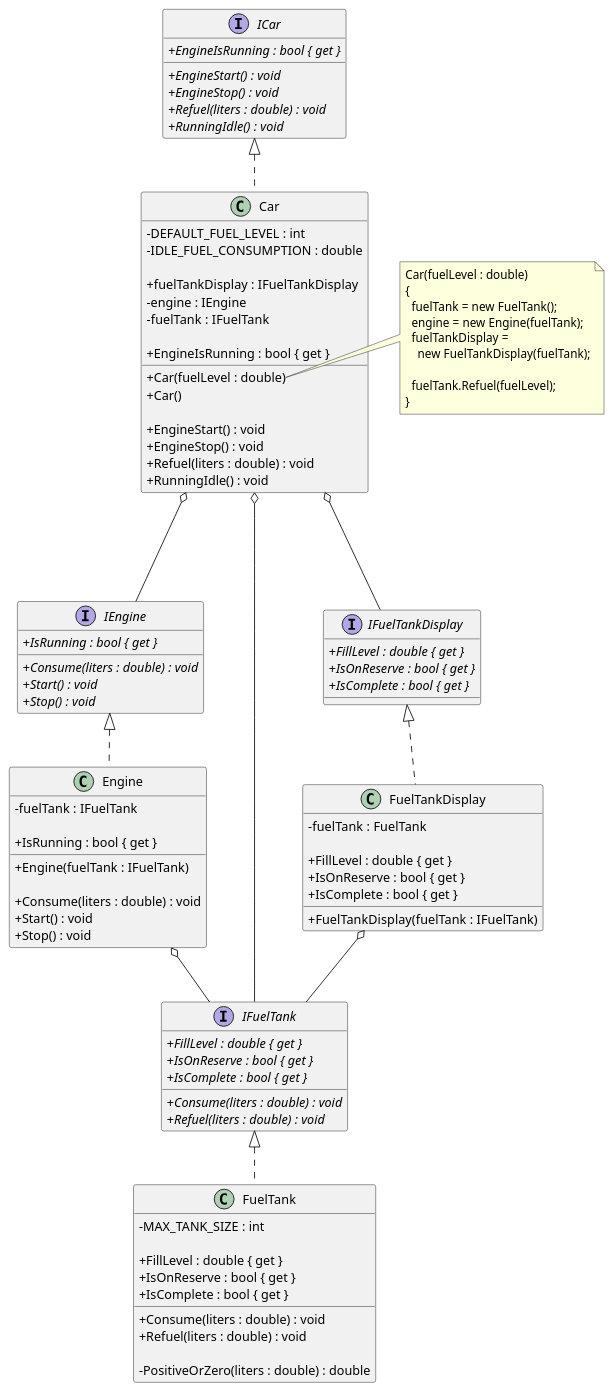
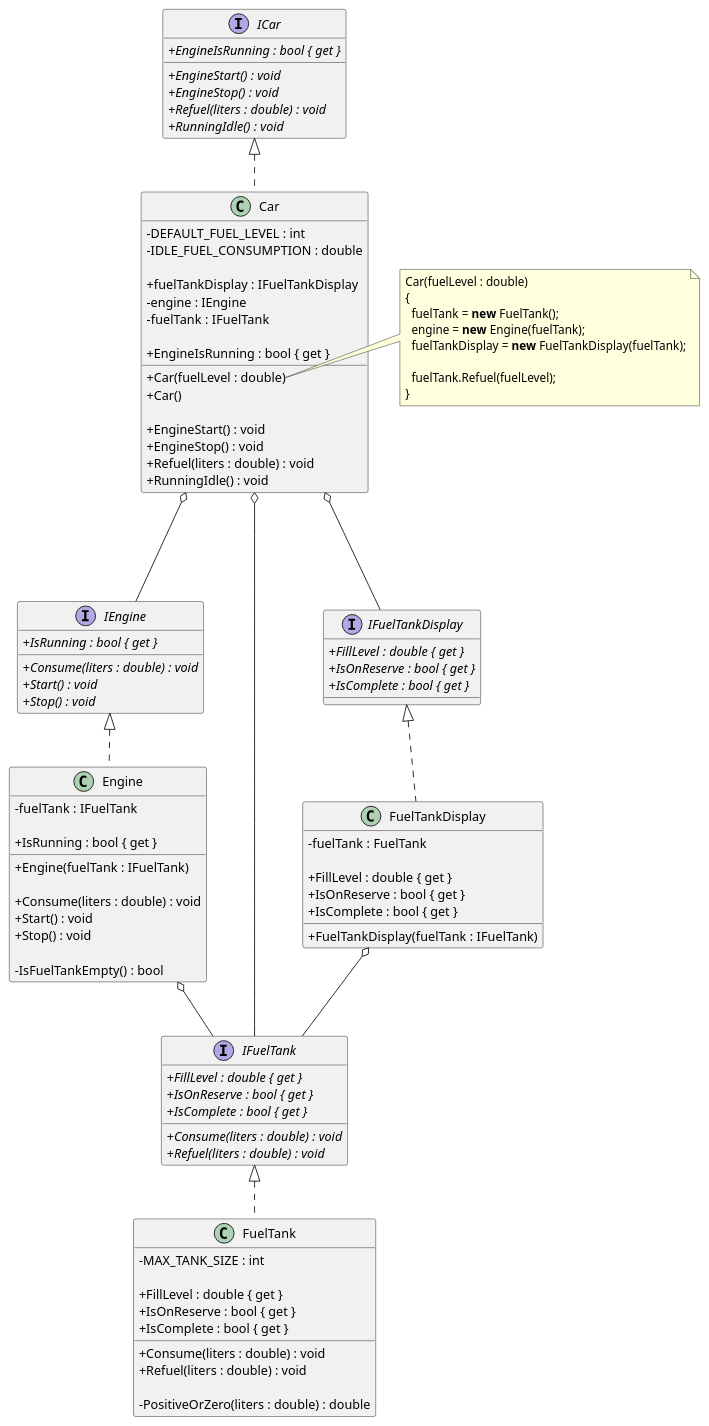
One commit to iamfranco/EngineAndFuelTankKata changed the diagram in puml/EngineAndFuelTank.puml. Above: the diagram before and after it, drawn with PlantUML. The commit also changed 1 other file, not shown here.

Commit message:
add IsFuelTankEmpty() private method to UML, and make new keyword bold

```diff
--- a/puml/EngineAndFuelTank.puml
+++ b/puml/EngineAndFuelTank.puml
@@ -1,121 +1,122 @@
 @startuml "Engine And Fuel Tank"
 skinparam classAttributeIconSize 0
 
 interface ICar
 {
   + //EngineIsRunning : bool { get }//
   + //EngineStart() : void//
   + //EngineStop() : void//
   + //Refuel(liters : double) : void//
   + //RunningIdle() : void//
 }
 
 interface IEngine
 {
   + //IsRunning : bool { get }//
   + //Consume(liters : double) : void//
   + //Start() : void//
   + //Stop() : void//
 }
 
 interface IFuelTank
 {
   + //FillLevel : double { get }//
   + //IsOnReserve : bool { get }//
   + //IsComplete : bool { get }//
   + //Consume(liters : double) : void//
   + //Refuel(liters : double) : void//
 }
 
 interface IFuelTankDisplay
 {
   + //FillLevel : double { get }//
   + //IsOnReserve : bool { get }//
   + //IsComplete : bool { get }//
 }
 
 class Car
 {
   - DEFAULT_FUEL_LEVEL : int
   - IDLE_FUEL_CONSUMPTION : double
 
   + fuelTankDisplay : IFuelTankDisplay
   - engine : IEngine
   - fuelTank : IFuelTank
 
   + EngineIsRunning : bool { get }
 
   + Car(fuelLevel : double)
   + Car()
 
   + EngineStart() : void
   + EngineStop() : void
   + Refuel(liters : double) : void
   + RunningIdle() : void
 }
 
 class Engine
 {
   - fuelTank : IFuelTank
 
   + IsRunning : bool { get }
 
   + Engine(fuelTank : IFuelTank)
 
   + Consume(liters : double) : void
   + Start() : void
   + Stop() : void
+
+  - IsFuelTankEmpty() : bool
 }
 
 class FuelTank
 {
   - MAX_TANK_SIZE : int
 
   + FillLevel : double { get }
   + IsOnReserve : bool { get }
   + IsComplete : bool { get }
 
   + Consume(liters : double) : void
   + Refuel(liters : double) : void
 
   - PositiveOrZero(liters : double) : double
 }
 
 class FuelTankDisplay
 {
   - fuelTank : FuelTank
 
   + FillLevel : double { get }
   + IsOnReserve : bool { get }
   + IsComplete : bool { get }
 
   + FuelTankDisplay(fuelTank : IFuelTank)
 } 
 
 ICar <|.. Car
 Car o--- IFuelTankDisplay
 Car o--- IEngine
 Car o--- IFuelTank
 
 IEngine <|.. Engine
 Engine o-- IFuelTank
 
 IFuelTank <|.. FuelTank
 
 IFuelTankDisplay <|.. FuelTankDisplay
 FuelTankDisplay o-- IFuelTank
 
 note right of Car::Car
 Car(fuelLevel : double)
 {
-  fuelTank = new FuelTank();
-  engine = new Engine(fuelTank);
-  fuelTankDisplay = 
-    new FuelTankDisplay(fuelTank);
+  fuelTank = **new** FuelTank();
+  engine = **new** Engine(fuelTank);
+  fuelTankDisplay = **new** FuelTankDisplay(fuelTank);
 
   fuelTank.Refuel(fuelLevel);
 }
 end note
 
 
 @enduml
```
